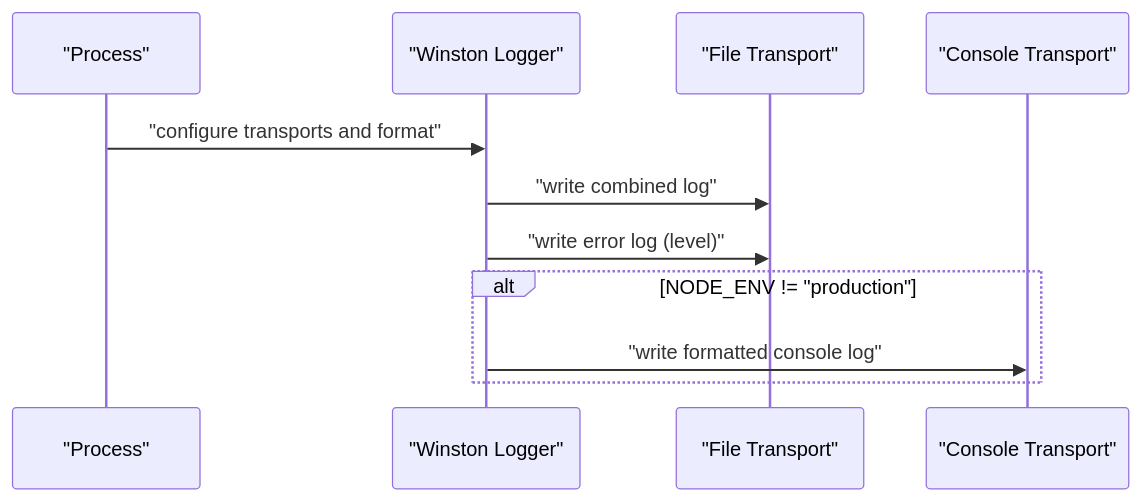
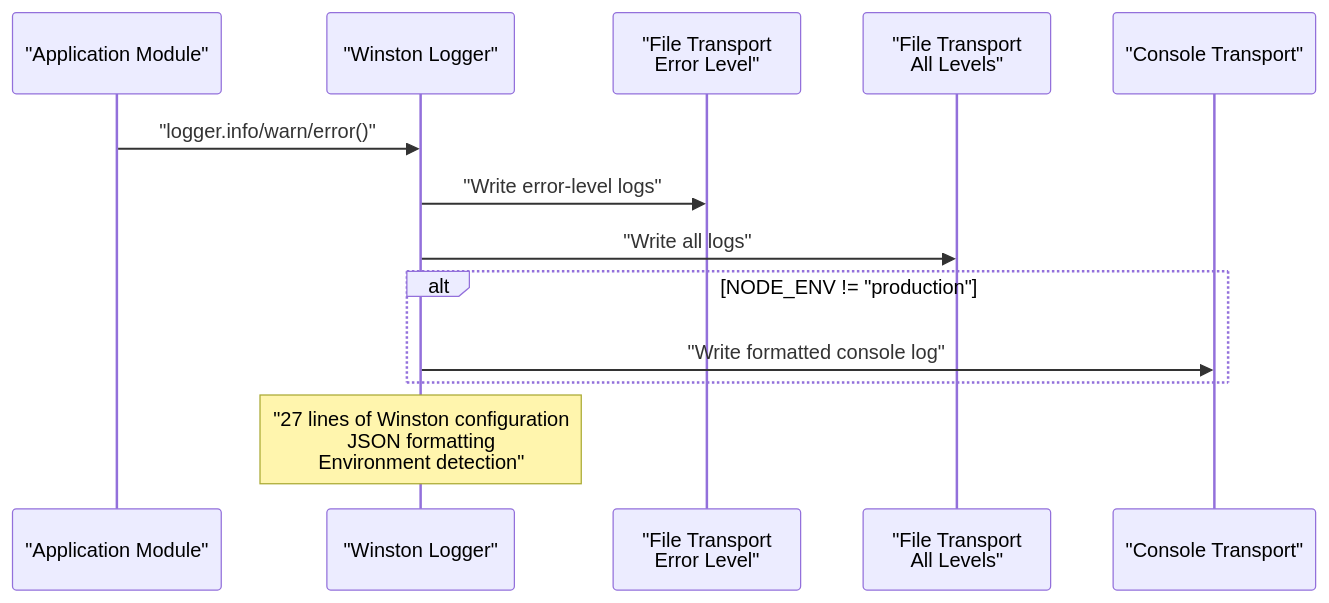
Before and after one commit to Armanda888/appointment-voice-agent: the second of 9 diagrams in .qoder/repowiki/en/content/Logging and Monitoring.md, drawn with Mermaid. The commit also changed other lines of this file and 14 other files, not shown here.

````diff
--- a/.qoder/repowiki/en/content/Logging and Monitoring.md
+++ b/.qoder/repowiki/en/content/Logging and Monitoring.md
@@ -109,13 +121,15 @@
 ```mermaid
 sequenceDiagram
-participant Proc as "Process"
+participant App as "Application Module"
 participant Logger as "Winston Logger"
-participant FS as "File Transport"
-participant Console as "Console Transport"
-Proc->>Logger : "configure transports and format"
-Logger->>FS : "write combined log"
-Logger->>FS : "write error log (level)"
+participant ErrorTransport as "File Transport<br/>Error Level"
+participant CombinedTransport as "File Transport<br/>All Levels"
+participant ConsoleTransport as "Console Transport"
+App->>Logger : "logger.info/warn/error()"
+Logger->>ErrorTransport : "Write error-level logs"
+Logger->>CombinedTransport : "Write all logs"
 alt NODE_ENV != "production"
-Logger->>Console : "write formatted console log"
+Logger->>ConsoleTransport : "Write formatted console log"
 end
+Note over Logger : "27 lines of Winston configuration<br/>JSON formatting<br/>Environment detection"
 ```
````
